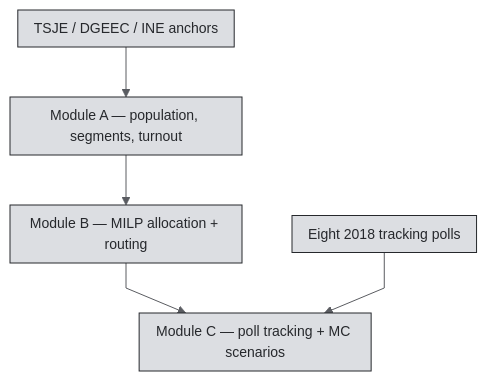
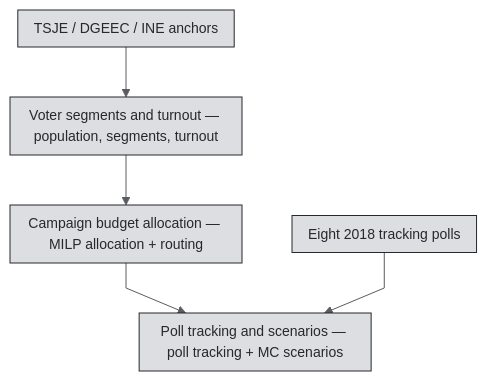
Before and after one commit to RafaelBraga-Kribitz/decision-analytics-reconstruction: the diagram in README.md, drawn with Mermaid. The commit also changed other lines of this file, not shown here.

````diff
--- a/README.md
+++ b/README.md
@@ -177,8 +182,8 @@
 ```mermaid
 %%{init: {"theme":"base","fontFamily":"BKribitz, system-ui, -apple-system, Segoe UI, Helvetica, Arial, sans-serif","themeVariables":{"background":"#E4E6EA","primaryColor":"#DCDEE2","primaryTextColor":"#26282C","primaryBorderColor":"#26282C","secondaryColor":"#E4E6EA","secondaryTextColor":"#26282C","secondaryBorderColor":"#5A5C61","tertiaryColor":"#E4E6EA","tertiaryTextColor":"#26282C","tertiaryBorderColor":"#C2C4CA","lineColor":"#5A5C61","textColor":"#26282C","mainBkg":"#DCDEE2","nodeBorder":"#26282C","clusterBkg":"#E4E6EA","clusterBorder":"#C2C4CA","edgeLabelBackground":"#E4E6EA","titleColor":"#26282C","fontFamily":"BKribitz, system-ui, -apple-system, Segoe UI, Helvetica, Arial, sans-serif","fontSize":"14px"},"flowchart":{"curve":"linear","htmlLabels":true,"padding":8}}}%%
 flowchart TD
-  A[Module A — population, segments, turnout] --> B[Module B — MILP allocation + routing]
-  B --> C[Module C — poll tracking + MC scenarios]
+  A[Voter segments and turnout — population, segments, turnout] --> B[Campaign budget allocation — MILP allocation + routing]
+  B --> C[Poll tracking and scenarios — poll tracking + MC scenarios]
   polls[Eight 2018 tracking polls] --> C
   anchors[TSJE / DGEEC / INE anchors] --> A
 ```
````
